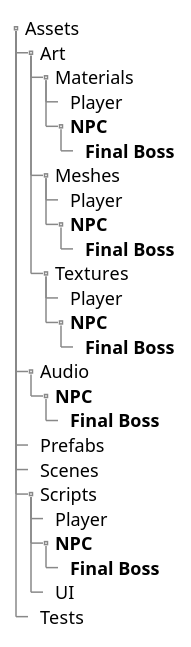
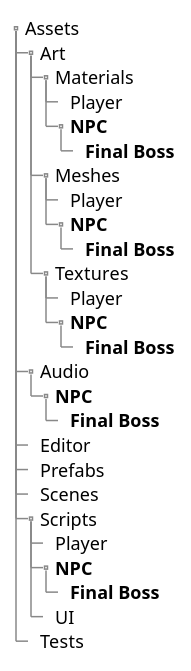
Before and after one commit to jesustorresdev/quarto-lecture-notes-format: the second of 6 diagrams in articles/estructura_del_proyecto.adoc, drawn with PlantUML. The commit also changed other lines of this file and 7 other files, not shown here.

```diff
--- a/articles/estructura_del_proyecto.adoc
+++ b/articles/estructura_del_proyecto.adoc
@@ -55,33 +58,34 @@
 [plantuml, format="svg"]
 ....
 salt
 {
 {T
  + Assets
  ++ Art
  +++ Materials
  ++++ Player
  ++++ <b>NPC
  +++++ <b>Final Boss
  +++ Meshes
  ++++ Player
  ++++ <b>NPC
  +++++ <b>Final Boss
  +++ Textures
  ++++ Player
  ++++ <b>NPC
  +++++ <b>Final Boss
  ++ Audio
  +++ <b>NPC
  ++++ <b>Final Boss
+ ++ Editor
  ++ Prefabs
  ++ Scenes
  ++ Scripts
  +++ Player
  +++ <b>NPC
  ++++ <b>Final Boss
  +++ UI
  ++ Tests
 }
 }
 ....
```
